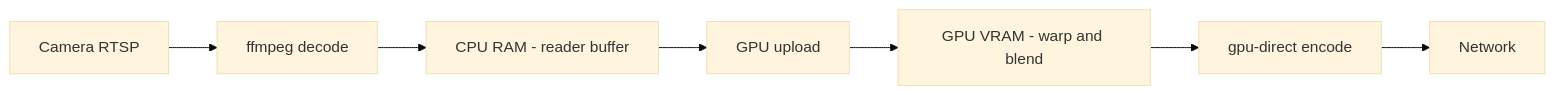
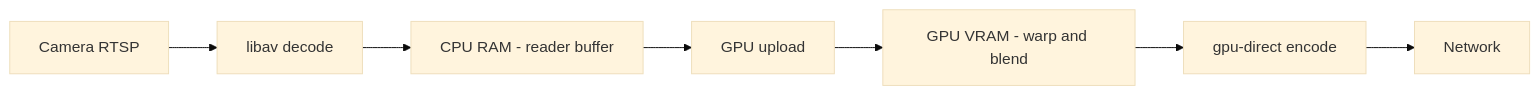
Before and after one commit to prk7048/Hogak_Stitching: the fifth of 5 diagrams in reports/08_runtime_architecture_diagrams.md, drawn with Mermaid (base theme). The commit also changed other lines of this file and 10 other files, not shown here.

````diff
--- a/reports/08_runtime_architecture_diagrams.md
+++ b/reports/08_runtime_architecture_diagrams.md
@@ -180,9 +181,9 @@
 ```mermaid
 flowchart LR
-    A["Camera RTSP"] --> B["ffmpeg decode"]
+    A["Camera RTSP"] --> B["libav decode"]
     B --> C["CPU RAM - reader buffer"]
     C --> D["GPU upload"]
     D --> E["GPU VRAM - warp and blend"]
     E --> F["gpu-direct encode"]
     F --> G["Network"]
 ```
````
